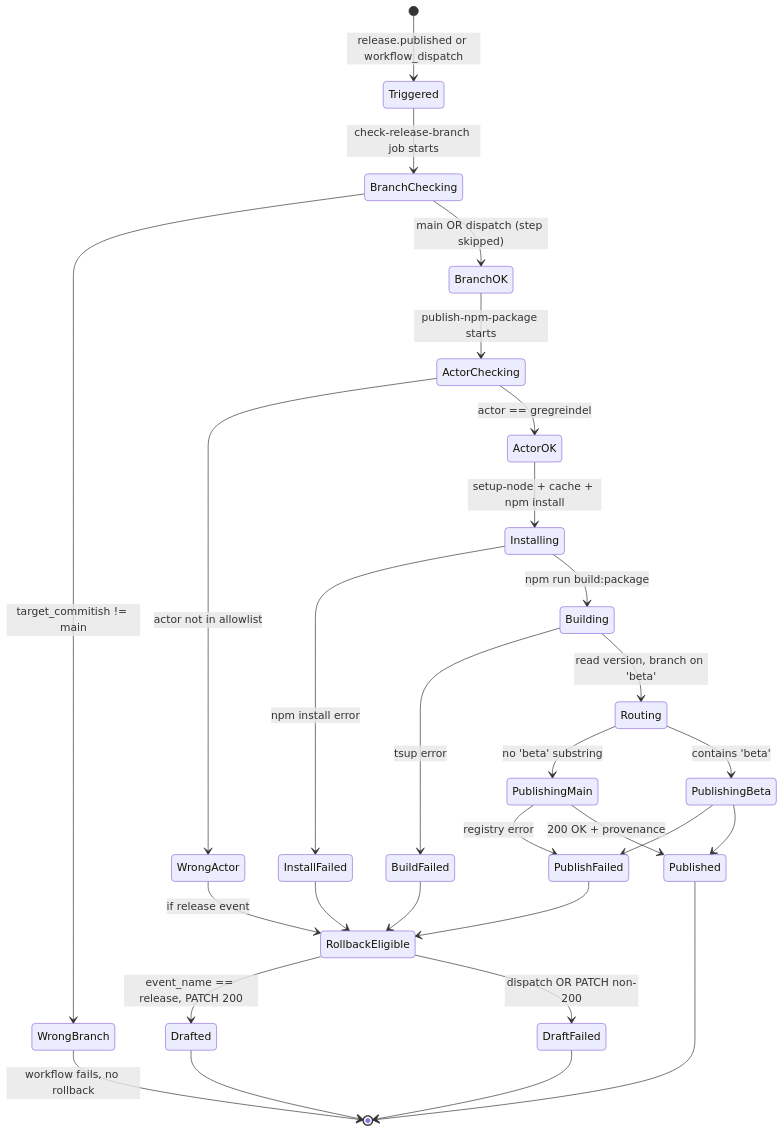
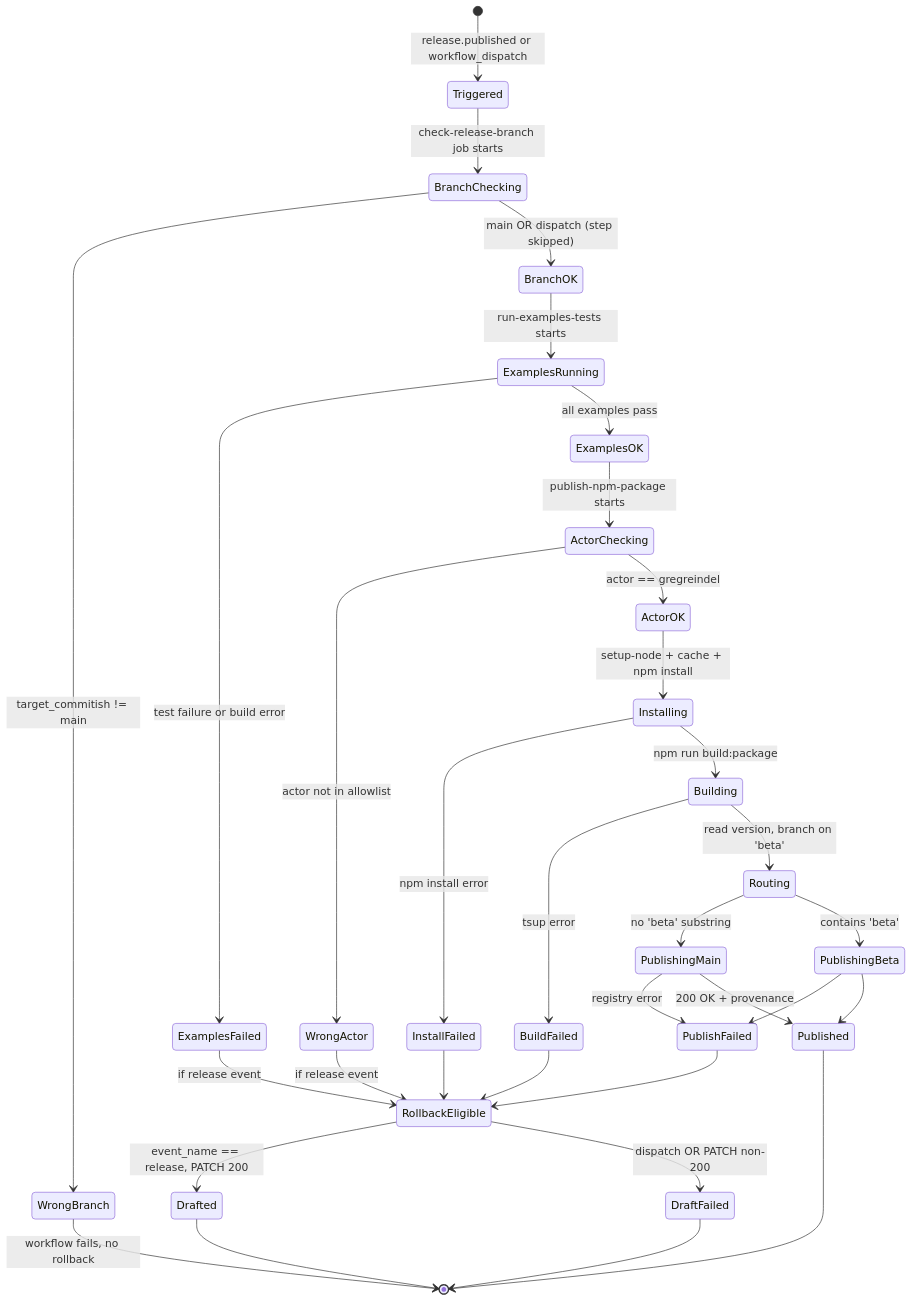
One commit to gregreindel/llm-exe changed the tenth of 12 diagrams in .github/docs/PUBLISH_RELEASE_DEEP_DIVE.md. Above: the diagram before and after it, drawn with Mermaid. The commit also changed other lines of this file and 2 other files, not shown here.

First line of the commit message:
docs: sync PUBLISH_RELEASE_DEEP_DIVE after publish-release.yml restructure

````diff
--- a/.github/docs/PUBLISH_RELEASE_DEEP_DIVE.md
+++ b/.github/docs/PUBLISH_RELEASE_DEEP_DIVE.md
@@ -398,31 +455,35 @@
 ```mermaid
 stateDiagram-v2
     [*] --> Triggered: release.published or workflow_dispatch
     Triggered --> BranchChecking: check-release-branch job starts
     BranchChecking --> WrongBranch: target_commitish != main
     BranchChecking --> BranchOK: main OR dispatch (step skipped)
     WrongBranch --> [*]: workflow fails, no rollback
-    BranchOK --> ActorChecking: publish-npm-package starts
+    BranchOK --> ExamplesRunning: run-examples-tests starts
+    ExamplesRunning --> ExamplesFailed: test failure or build error
+    ExamplesRunning --> ExamplesOK: all examples pass
+    ExamplesFailed --> RollbackEligible: if release event
+    ExamplesOK --> ActorChecking: publish-npm-package starts
     ActorChecking --> WrongActor: actor not in allowlist
     ActorChecking --> ActorOK: actor == gregreindel
     WrongActor --> RollbackEligible: if release event
     ActorOK --> Installing: setup-node + cache + npm install
     Installing --> InstallFailed: npm install error
     InstallFailed --> RollbackEligible
     Installing --> Building: npm run build:package
     Building --> BuildFailed: tsup error
     BuildFailed --> RollbackEligible
     Building --> Routing: read version, branch on 'beta'
     Routing --> PublishingMain: no 'beta' substring
     Routing --> PublishingBeta: contains 'beta'
     PublishingMain --> PublishFailed: registry error
     PublishingBeta --> PublishFailed
     PublishingMain --> Published: 200 OK + provenance
     PublishingBeta --> Published
     PublishFailed --> RollbackEligible
     RollbackEligible --> Drafted: event_name == release, PATCH 200
     RollbackEligible --> DraftFailed: dispatch OR PATCH non-200
     Published --> [*]
     Drafted --> [*]
     DraftFailed --> [*]
 ```
````
